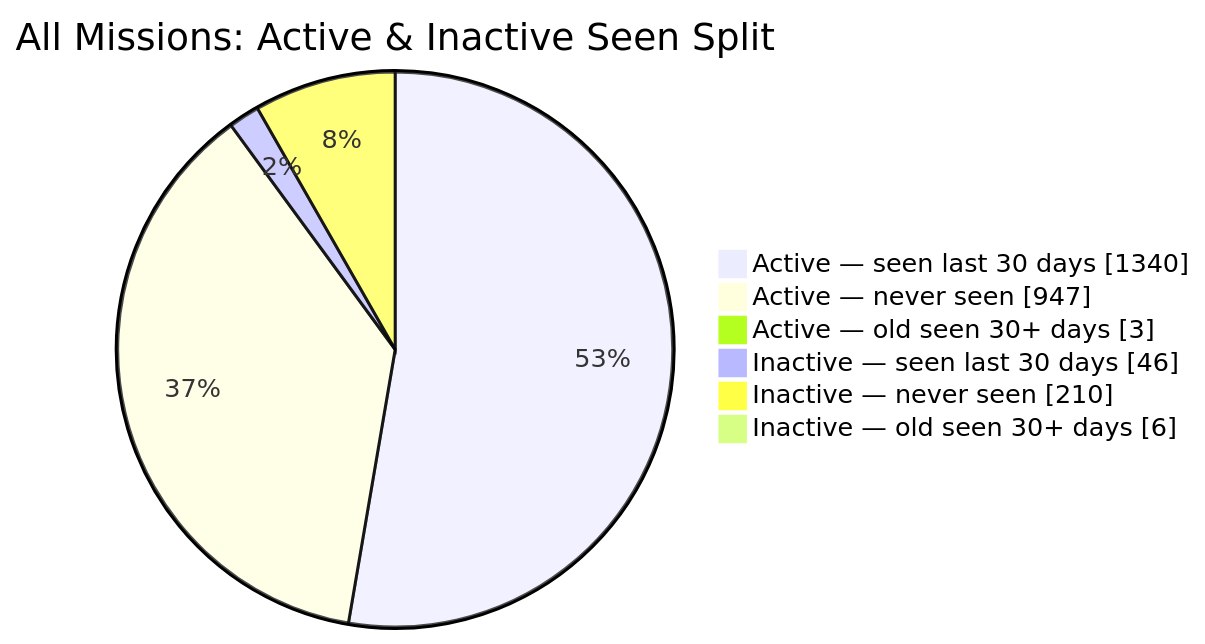
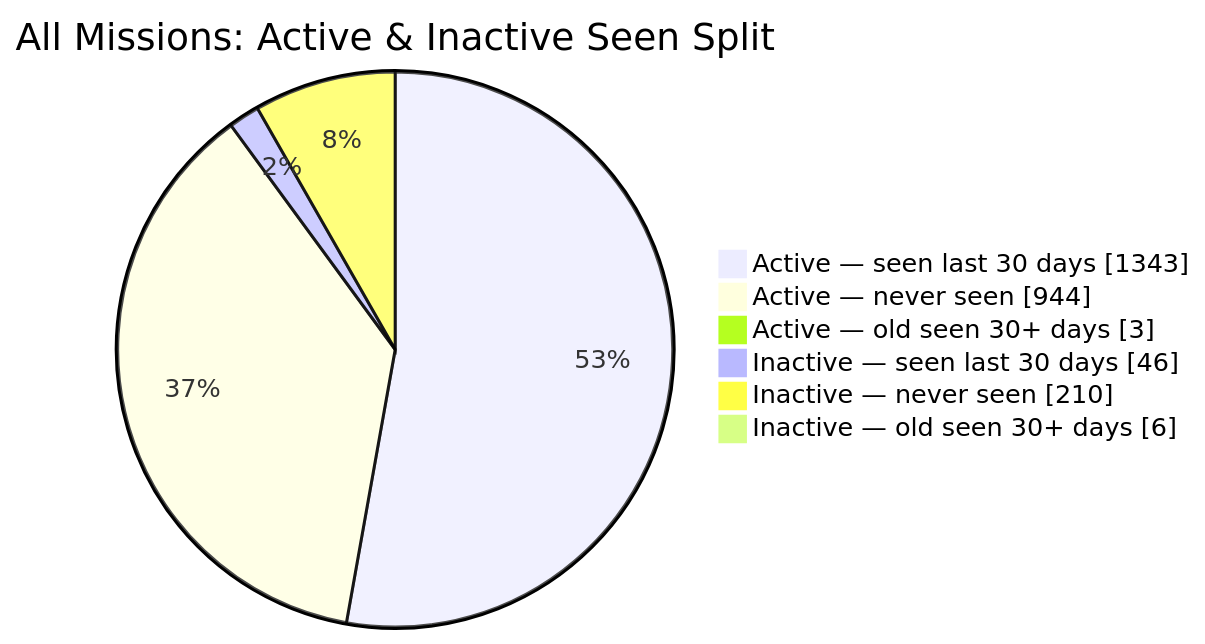
The second of 2 diagrams in README.md (MeldkamerspelGameTeam/active-missions), drawn with Mermaid before and after one commit. The commit also changed other lines of this file and 2 other files, not shown here.

````diff
--- a/README.md
+++ b/README.md
@@ -44,10 +44,10 @@
 ```mermaid
 pie showData
     title All Missions: Active & Inactive Seen Split
-    "Active — seen last 30 days" : 1340
-    "Active — never seen" : 947
+    "Active — seen last 30 days" : 1343
+    "Active — never seen" : 944
     "Active — old seen 30+ days" : 3
     "Inactive — seen last 30 days" : 46
     "Inactive — never seen" : 210
     "Inactive — old seen 30+ days" : 6
 ```
````
